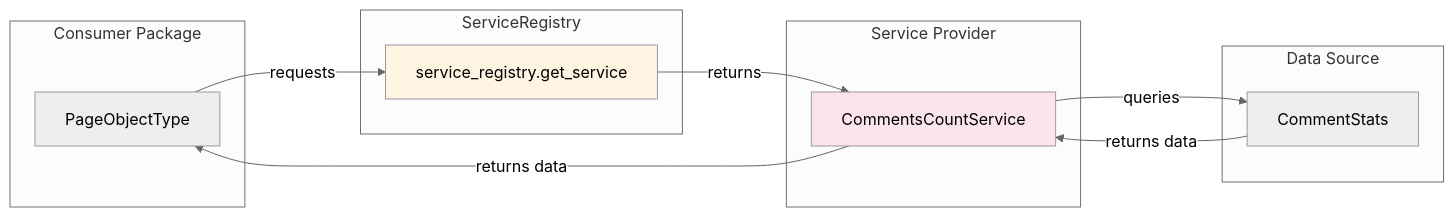
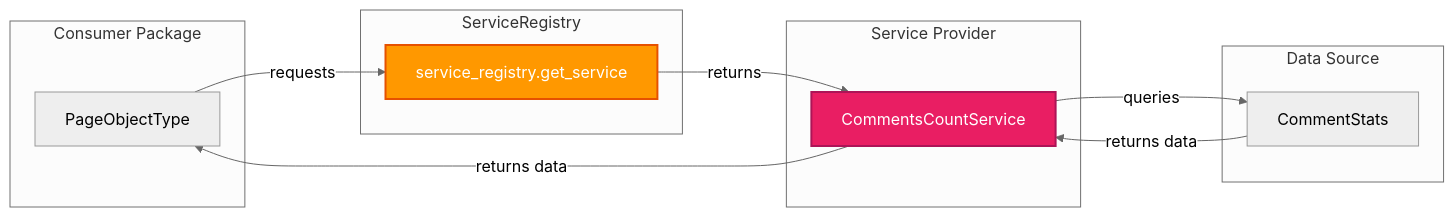
One commit to silverlogic/baseapp-backend changed the sixth of 8 diagrams in PLUGIN_ARCHITECTURE.md. Above: the diagram before and after it, drawn with Mermaid (neutral theme). The commit also changed other lines of this file, not shown here.

````diff
--- a/PLUGIN_ARCHITECTURE.md
+++ b/PLUGIN_ARCHITECTURE.md
@@ -552,27 +552,27 @@
 ```mermaid
 graph LR
     subgraph "Consumer Package"
         PO[PageObjectType]
     end
     
     subgraph "ServiceRegistry"
         SR[service_registry.get_service]
     end
     
     subgraph "Service Provider"
         CS[CommentsCountService]
     end
     
     subgraph "Data Source"
         CST[CommentStats]
     end
     
     PO -->|requests| SR
     SR -->|returns| CS
     CS -->|queries| CST
     CST -->|returns data| CS
     CS -->|returns data| PO
     
-    style SR fill:#fff4e1
-    style CS fill:#fce4ec
+    style SR fill:#FF9800,stroke:#E65100,stroke-width:2px,color:#fff
+    style CS fill:#E91E63,stroke:#AD1457,stroke-width:2px,color:#fff
 ```
````
